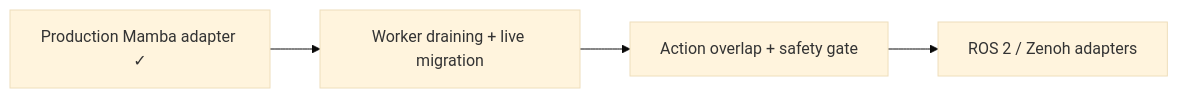
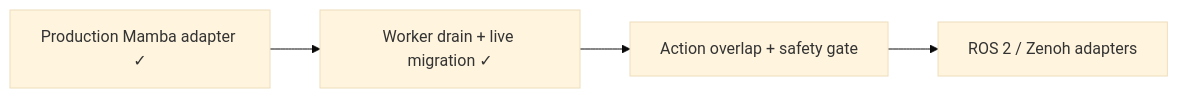
Before and after one commit to elprofesoriqo/FlowEdge: the diagram in docs/roadmap.md, drawn with Mermaid (base theme). The commit also changed other lines of this file and 15 other files, not shown here.

Commit message:
docs(relay): document rolling worker migration

````diff
--- a/docs/roadmap.md
+++ b/docs/roadmap.md
@@ -15,6 +15,6 @@
 ```{mermaid}
 flowchart LR
-  M[Production Mamba adapter ✓] --> G[Worker draining + live migration]
+  M[Production Mamba adapter ✓] --> G[Worker drain + live migration ✓]
   G --> A[Action overlap + safety gate]
   A --> R[ROS 2 / Zenoh adapters]
 ```
````
